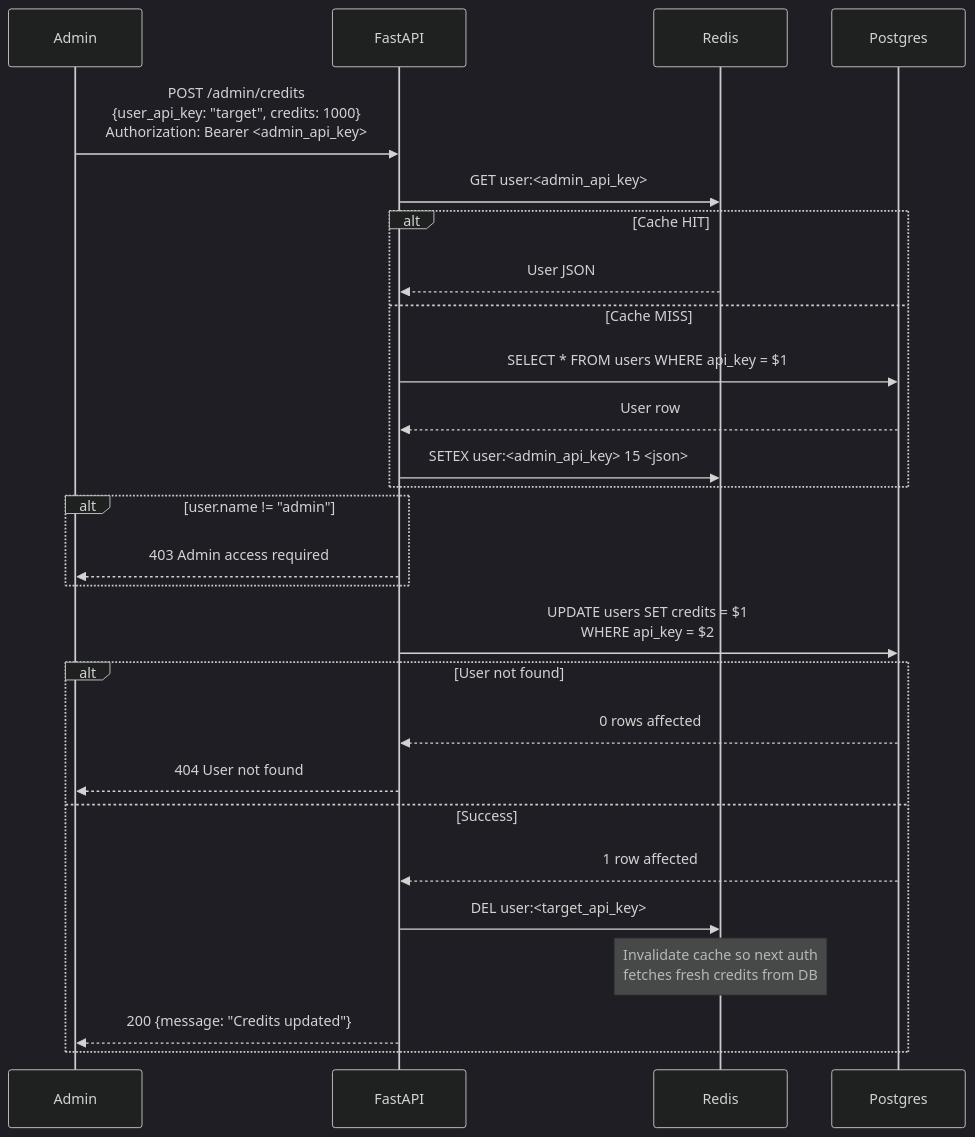
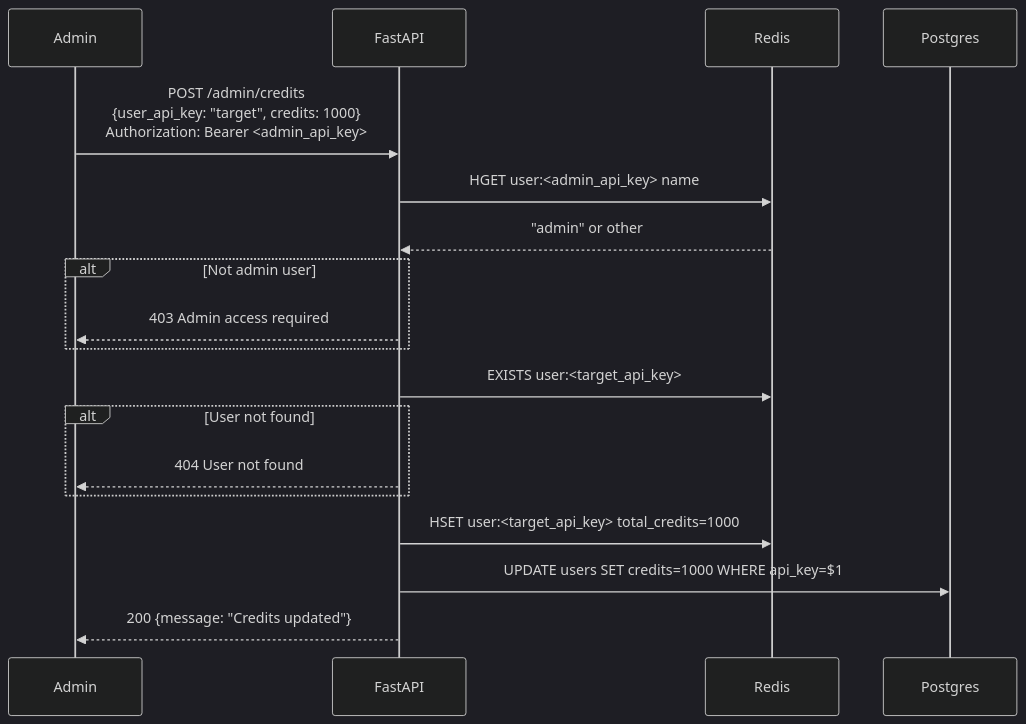
The fourth of 6 diagrams in sequence_diagrams.md (aregmii/celery-api-quickstart), drawn with Mermaid (dark theme) before and after one commit. The commit also changed other lines of this file, not shown here.

````diff
--- a/sequence_diagrams.md
+++ b/sequence_diagrams.md
@@ -133,37 +162,32 @@
 ```mermaid
 sequenceDiagram
     participant Admin
     participant FastAPI
     participant Redis
     participant Postgres
 
     Admin->>FastAPI: POST /admin/credits<br/>{user_api_key: "target", credits: 1000}<br/>Authorization: Bearer <admin_api_key>
 
-    %% Authenticate the admin
-    FastAPI->>Redis: GET user:<admin_api_key>
-    alt Cache HIT
-        Redis-->>FastAPI: User JSON
-    else Cache MISS
-        FastAPI->>Postgres: SELECT * FROM users WHERE api_key = $1
-        Postgres-->>FastAPI: User row
-        FastAPI->>Redis: SETEX user:<admin_api_key> 15 <json>
-    end
+    %% Verify admin
+    FastAPI->>Redis: HGET user:<admin_api_key> name
+    Redis-->>FastAPI: "admin" or other
 
-    %% Authorization check
-    alt user.name != "admin"
+    alt Not admin user
         FastAPI-->>Admin: 403 Admin access required
     end
 
-    %% Update target user's credits
-    FastAPI->>Postgres: UPDATE users SET credits = $1<br/>WHERE api_key = $2
+    %% Check target user exists
+    FastAPI->>Redis: EXISTS user:<target_api_key>
 
     alt User not found
-        Postgres-->>FastAPI: 0 rows affected
         FastAPI-->>Admin: 404 User not found
-    else Success
-        Postgres-->>FastAPI: 1 row affected
-        FastAPI->>Redis: DEL user:<target_api_key>
-        Note over Redis: Invalidate cache so next auth<br/>fetches fresh credits from DB
-        FastAPI-->>Admin: 200 {message: "Credits updated"}
     end
+
+    %% Update Redis (real-time)
+    FastAPI->>Redis: HSET user:<target_api_key> total_credits=1000
+
+    %% Update Postgres (persistent)
+    FastAPI->>Postgres: UPDATE users SET credits=1000 WHERE api_key=$1
+
+    FastAPI-->>Admin: 200 {message: "Credits updated"}
 ```
````
